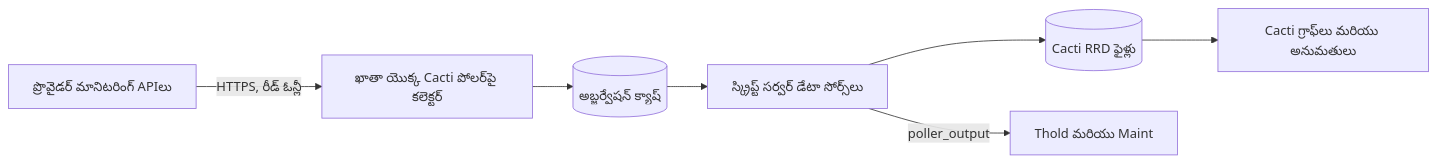
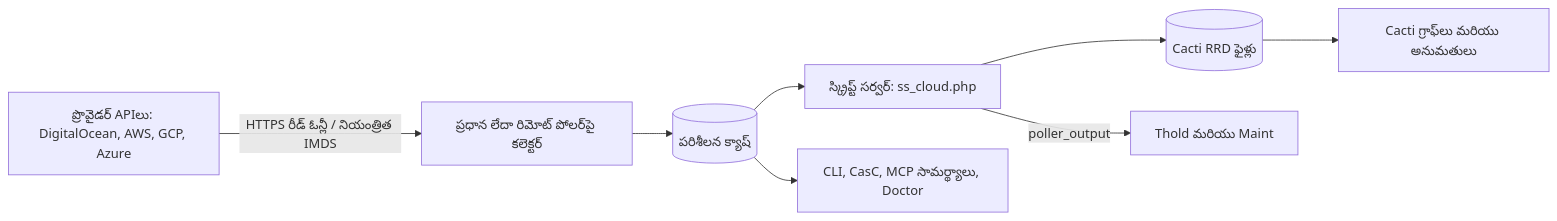
The diagram in docs/i18n/te-IN/README.md (somethingwithproof/plugin_cloud), drawn with Mermaid before and after one commit. The commit also changed other lines of this file and 48 other files, not shown here.

First line of the commit message:
docs(readme): document AWS, GCP, Azure drivers, remote collectors, and ecosystem hooks

````diff
--- a/docs/i18n/te-IN/README.md
+++ b/docs/i18n/te-IN/README.md
@@ -100,9 +148,10 @@
 ```mermaid
 flowchart LR
-    API["ప్రొవైడర్ మానిటరింగ్ APIలు"] -->|"HTTPS, రీడ్ ఓన్లీ"| C["ఖాతా యొక్క Cacti పోలర్‌పై కలెక్టర్"]
-    C --> O[("అబ్జర్వేషన్ క్యాష్")]
-    O --> SS["స్క్రిప్ట్ సర్వర్ డేటా సోర్స్‌లు"]
-    SS --> RRD[("Cacti RRD ఫైళ్లు")]
-    SS -->|poller_output| T["Thold మరియు Maint"]
-    RRD --> G["Cacti గ్రాఫ్‌లు మరియు అనుమతులు"]
+    API[ప్రొవైడర్ APIలు: DigitalOcean, AWS, GCP, Azure] -->|HTTPS రీడ్ ఓన్లీ / నియంత్రిత IMDS| C[ప్రధాన లేదా రిమోట్ పోలర్‌పై కలెక్టర్]
+    C --> O[(పరిశీలన క్యాష్)]
+    O --> SS[స్క్రిప్ట్ సర్వర్: ss_cloud.php]
+    SS --> RRD[(Cacti RRD ఫైళ్లు)]
+    SS -->|poller_output| T[Thold మరియు Maint]
+    RRD --> G[Cacti గ్రాఫ్‌లు మరియు అనుమతులు]
+    O --> ECO[CLI, CasC, MCP సామర్థ్యాలు, Doctor]
 ```
````
